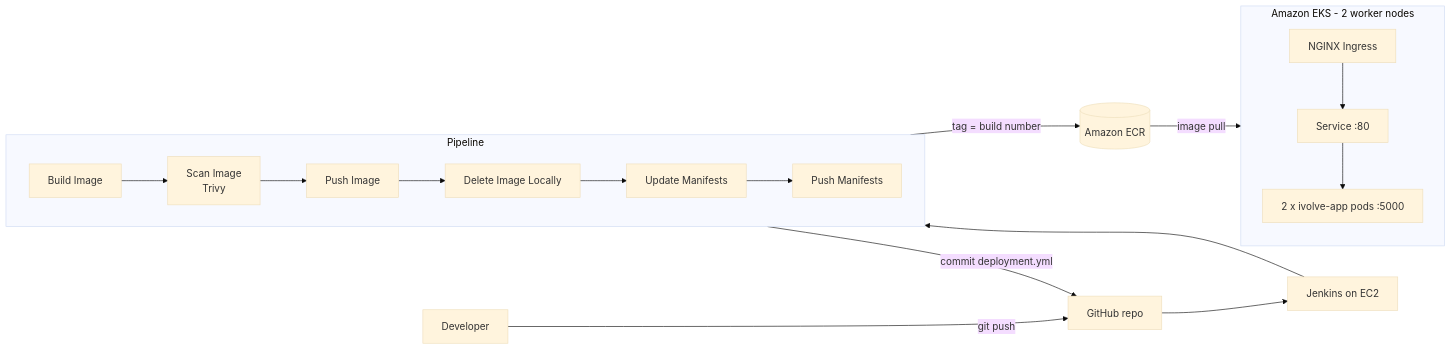
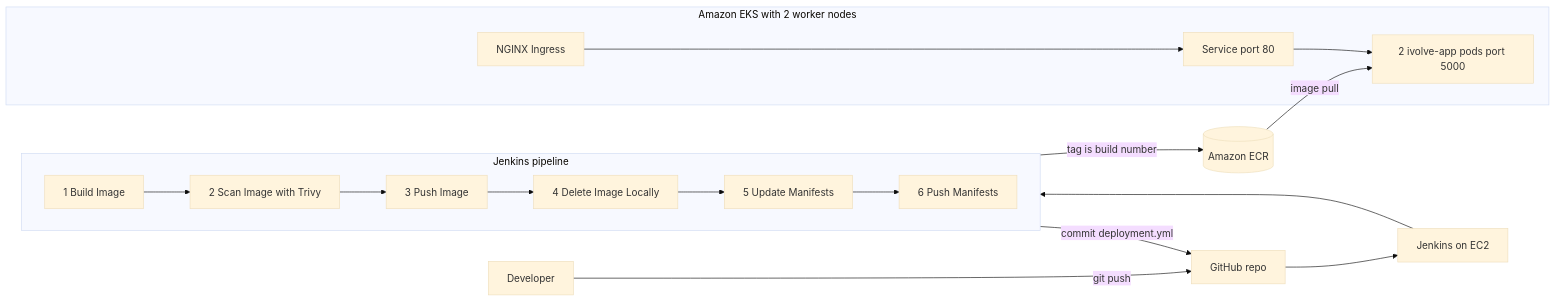
The diagram in README.md (mmostafa27/CloudDevOpsProject), drawn with Mermaid (base theme) before and after one commit.

````diff
--- a/README.md
+++ b/README.md
@@ -7,16 +7,16 @@
 ```mermaid
 flowchart LR
-    Dev[Developer] -->|git push| GH[GitHub repo]
-    GH --> J[Jenkins on EC2]
-    subgraph Pipeline
+    Dev["Developer"] -->|"git push"| GH["GitHub repo"]
+    GH --> J["Jenkins on EC2"]
+    subgraph Pipeline["Jenkins pipeline"]
         direction LR
-        B[Build Image] --> S[Scan Image<br/>Trivy] --> P[Push Image] --> D[Delete Image Locally] --> U[Update Manifests] --> PM[Push Manifests]
+        B["1 Build Image"] --> S["2 Scan Image with Trivy"] --> P["3 Push Image"] --> D["4 Delete Image Locally"] --> U["5 Update Manifests"] --> PM["6 Push Manifests"]
     end
     J --> B
-    P -->|tag = build number| ECR[(Amazon ECR)]
-    PM -->|commit deployment.yml| GH
-    ECR -->|image pull| EKS
-    subgraph EKS[Amazon EKS - 2 worker nodes]
-        ING[NGINX Ingress] --> SVC[Service :80] --> PODS[2 x ivolve-app pods :5000]
+    P -->|"tag is build number"| ECR[("Amazon ECR")]
+    PM -->|"commit deployment.yml"| GH
+    ECR -->|"image pull"| PODS
+    subgraph EKS["Amazon EKS with 2 worker nodes"]
+        ING["NGINX Ingress"] --> SVC["Service port 80"] --> PODS["2 ivolve-app pods port 5000"]
     end
 ```
````
